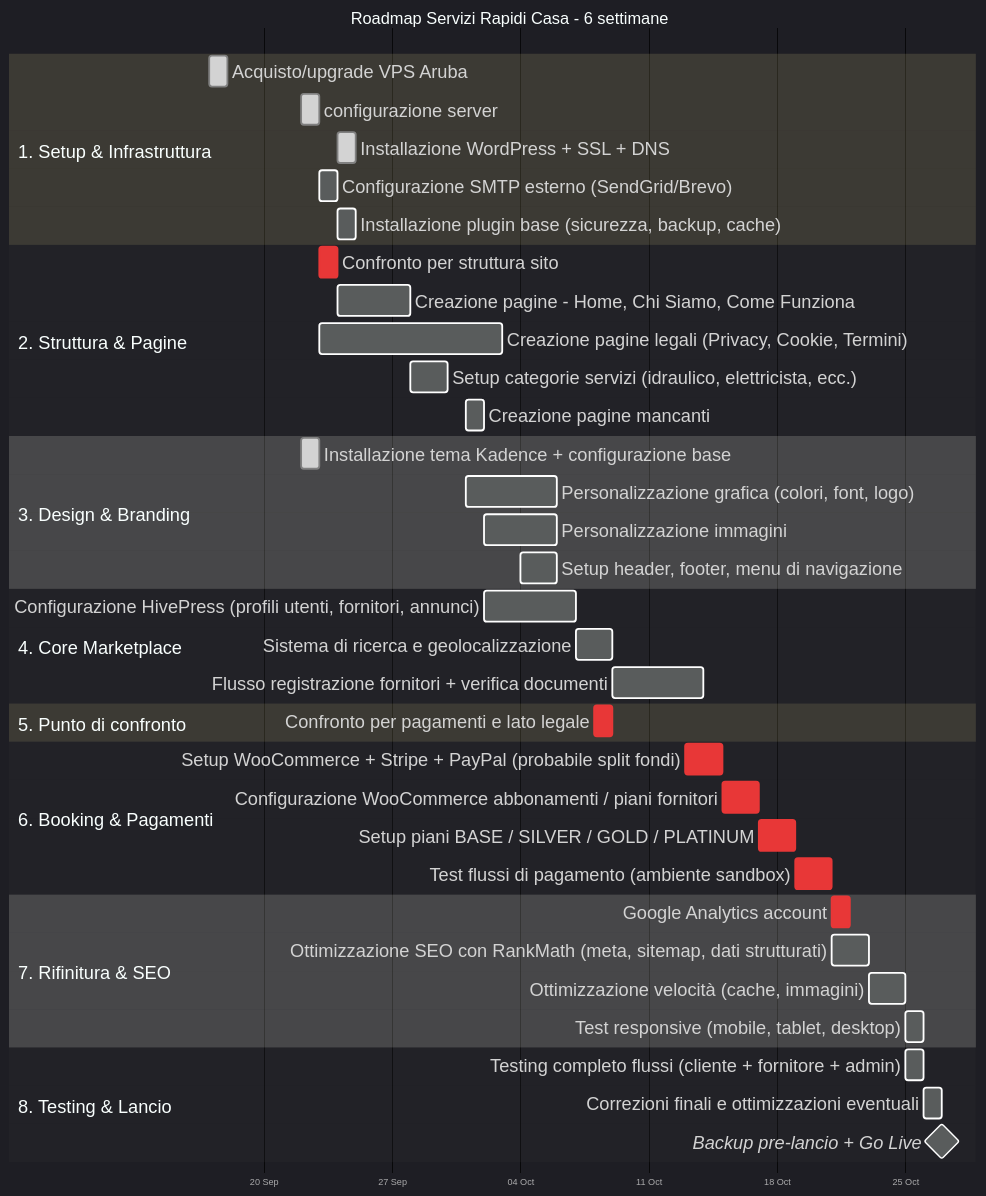
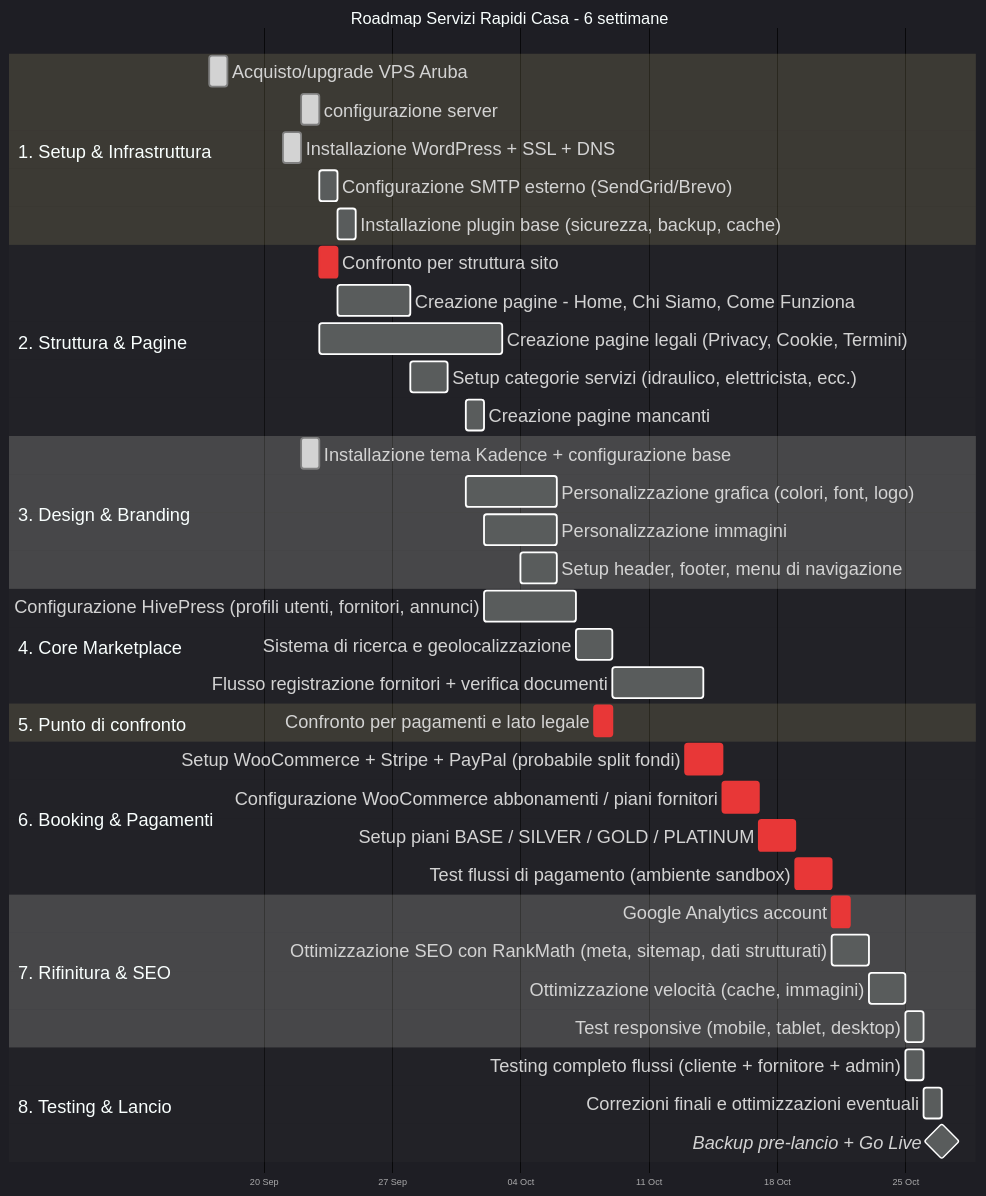
The diagram in src_roadmap.md (BarbaraLol/servizi_rapidi_casa), drawn with Mermaid before and after one commit.

````diff
--- a/src_roadmap.md
+++ b/src_roadmap.md
@@ -17,68 +17,68 @@
 ```mermaid
 %%{init: {
   'theme': 'dark',
   'themeVariables': {
     'fontSize': '20px',
     'sectionFontSize': '20px'
   },
   'gantt': {
     'barHeight': 34,
     'barGap': 8,
     'topPadding': 60,
     'leftPadding': 220,
     'gridLineStartPadding': 20,
     'fontSize': 20,
     'sectionFontSize': 20,
     'numberSectionStyles': 4
   }
 }}%%
 gantt
     title Roadmap Servizi Rapidi Casa - 6 settimane
     dateFormat  DD-MM-YYYY
     axisFormat  %d %b
 
     section 1. Setup & Infrastruttura
     Acquisto/upgrade VPS Aruba                                 :done, a1, 17-09-2026, 1d
     configurazione server                                      :done, a2, 22-09-2026, 1d
-    Installazione WordPress + SSL + DNS                        :done, a3, 24-09-2026, 1d
+    Installazione WordPress + SSL + DNS                        :done, a3, 21-09-2026, 1d
     Configurazione SMTP esterno (SendGrid/Brevo)               :a4, 23-09-2026, 1d
     Installazione plugin base (sicurezza, backup, cache)       :a5, 24-09-2026, 1d
 
     section 2. Struttura & Pagine 
     Confronto per struttura sito                               :crit, a10, 23-09-2026, 1d
     Creazione pagine - Home, Chi Siamo, Come Funziona          :a11, 24-09-2026, 4d
     Creazione pagine legali (Privacy, Cookie, Termini)         :a12, 23-09-2026, 10d
     Setup categorie servizi (idraulico, elettricista, ecc.)    :a13, 28-09-2026, 2d
     Creazione pagine mancanti                                  :a14, 01-10-2026, 1d
 
     section 3. Design & Branding
     Installazione tema Kadence + configurazione base           :done, a6, 22-09-2026, 1d
     Personalizzazione grafica (colori, font, logo)             :a7, 01-10-2026, 5d
     Personalizzazione immagini                                 :a8, 02-10-2026, 4d
     Setup header, footer, menu di navigazione                  :a9, 04-10-2026, 2d
 
     section 4. Core Marketplace
     Configurazione HivePress (profili utenti, fornitori, annunci) :a15, 02-10-2026, 5d
     Sistema di ricerca e geolocalizzazione                     :a16, 07-10-2026, 2d
     Flusso registrazione fornitori + verifica documenti        :a17, 09-10-2026, 5d
 
     section 5. Punto di confronto
     Confronto per pagamenti e lato legale                      :crit, a18, 08-10-2026, 1d
 
     section 6. Booking & Pagamenti
     Setup WooCommerce + Stripe + PayPal (probabile split fondi)         :crit, a19, 13-10-2026, 2d
     Configurazione WooCommerce abbonamenti / piani fornitori   :crit, a20, 15-10-2026, 2d
     Setup piani BASE / SILVER / GOLD / PLATINUM                :crit, a21, 17-10-2026, 2d
     Test flussi di pagamento (ambiente sandbox)                :crit, a22, 19-10-2026, 2d
 
     section 7. Rifinitura & SEO
     Google Analytics account                                   :crit, a23, 21-10-2026, 1d
     Ottimizzazione SEO con RankMath (meta, sitemap, dati strutturati)    :a24, 21-10-2026, 2d
     Ottimizzazione velocità (cache, immagini)         :a25, 23-10-2026, 2d
     Test responsive (mobile, tablet, desktop)                  :a26, 25-10-2026, 1d
 
     section 8. Testing & Lancio
     Testing completo flussi (cliente + fornitore + admin)      :a27, 25-10-2026, 1d
     Correzioni finali e ottimizzazioni eventuali               :a28, 26-10-2026, 1d
     Backup pre-lancio + Go Live                                :milestone, a29, 27-10-2026, 0d
 ```
````
